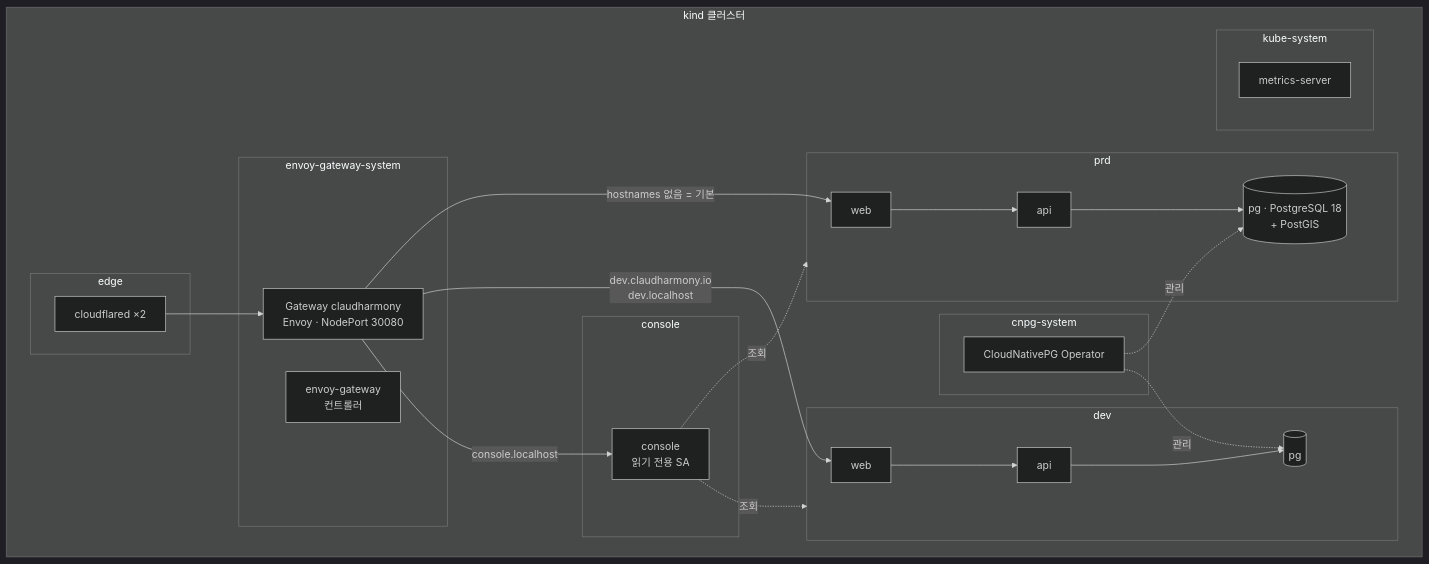
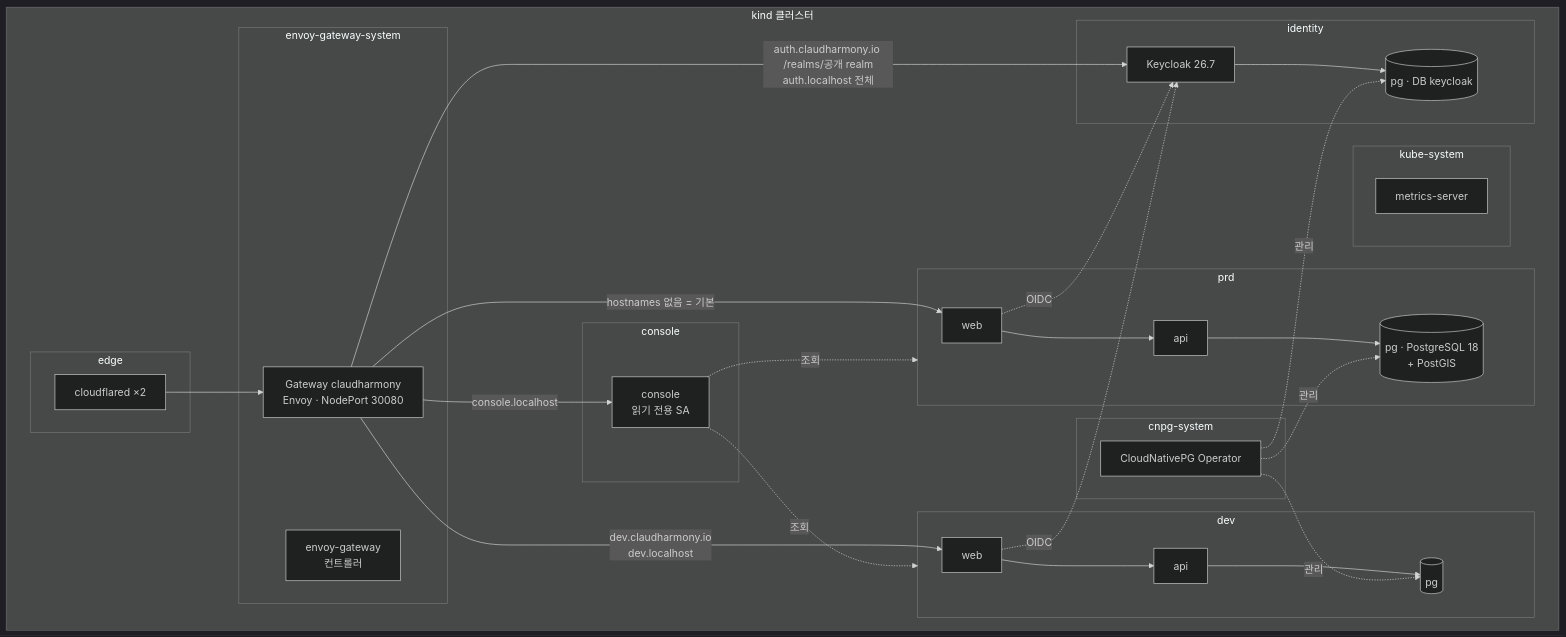
The third of 6 diagrams in docs/01-architecture.md (ParkSeWoo/claudharmony-infra), drawn with Mermaid (dark theme) before and after one commit. The commit also changed other lines of this file and 31 other files, not shown here.

First line of the commit message:
identity: add Keycloak (platform/identity + platform/realms)

````diff
--- a/docs/01-architecture.md
+++ b/docs/01-architecture.md
@@ -61,33 +61,38 @@
 ```mermaid
 flowchart TB
     subgraph K8S[kind 클러스터]
       subgraph EGS[envoy-gateway-system]
         EG[envoy-gateway<br/>컨트롤러]
         GW[Gateway claudharmony<br/>Envoy · NodePort 30080]
       end
       subgraph EDGE[edge]
         CFD[cloudflared ×2]
       end
       subgraph PRD[prd]
         PW[web] --> PA[api] --> PPG[(pg · PostgreSQL 18<br/>+ PostGIS)]
       end
       subgraph DEV[dev]
         DW[web] --> DA[api] --> DPG[(pg)]
       end
       subgraph CON[console]
         C[console<br/>읽기 전용 SA]
       end
       subgraph CNPG[cnpg-system]
         OP[CloudNativePG Operator]
       end
       subgraph KS[kube-system]
         MS[metrics-server]
       end
+      subgraph IDN[identity]
+        KC[Keycloak 26.7] --> KPG[(pg · DB keycloak)]
+      end
       CFD --> GW
+      GW -->|auth.claudharmony.io /realms/공개 realm<br/>auth.localhost 전체| KC
       GW -->|hostnames 없음 = 기본| PW
       GW -->|dev.claudharmony.io<br/>dev.localhost| DW
       GW -->|console.localhost| C
-      OP -. 관리 .-> PPG & DPG
+      OP -. 관리 .-> PPG & DPG & KPG
+      PW & DW -. OIDC .-> KC
       C -. 조회 .-> PRD & DEV
     end
 ```
````
